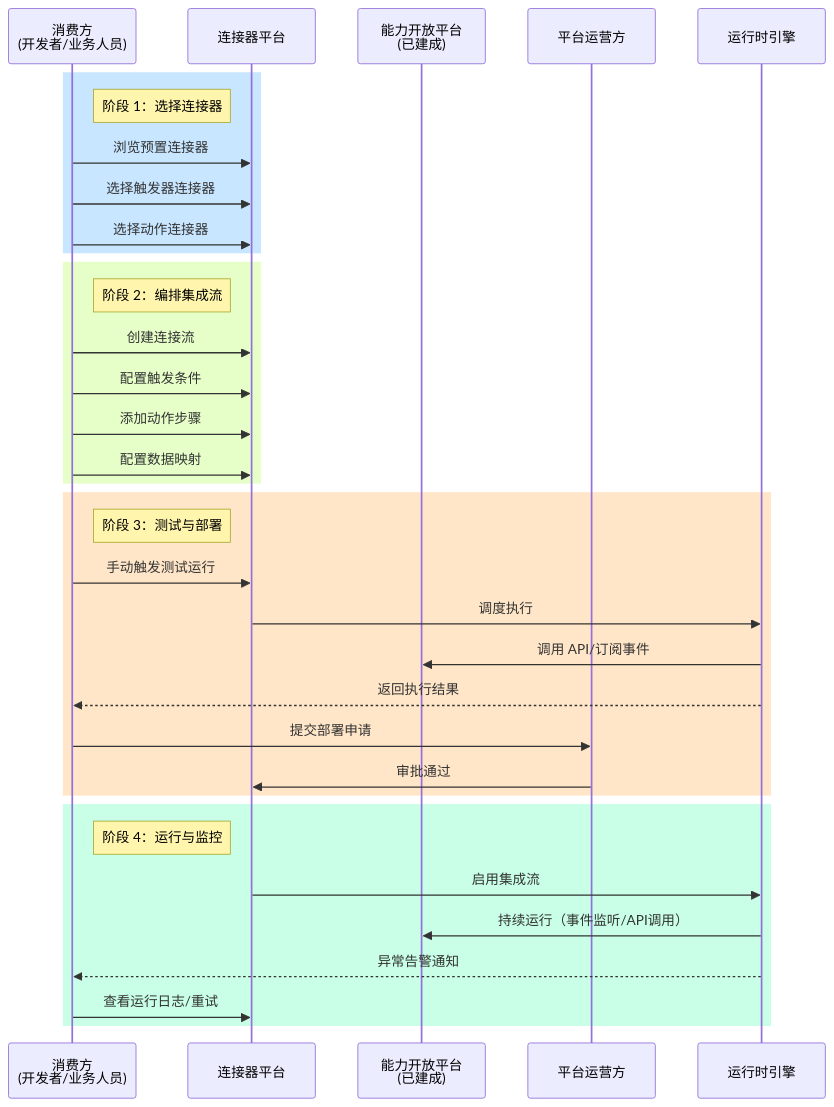
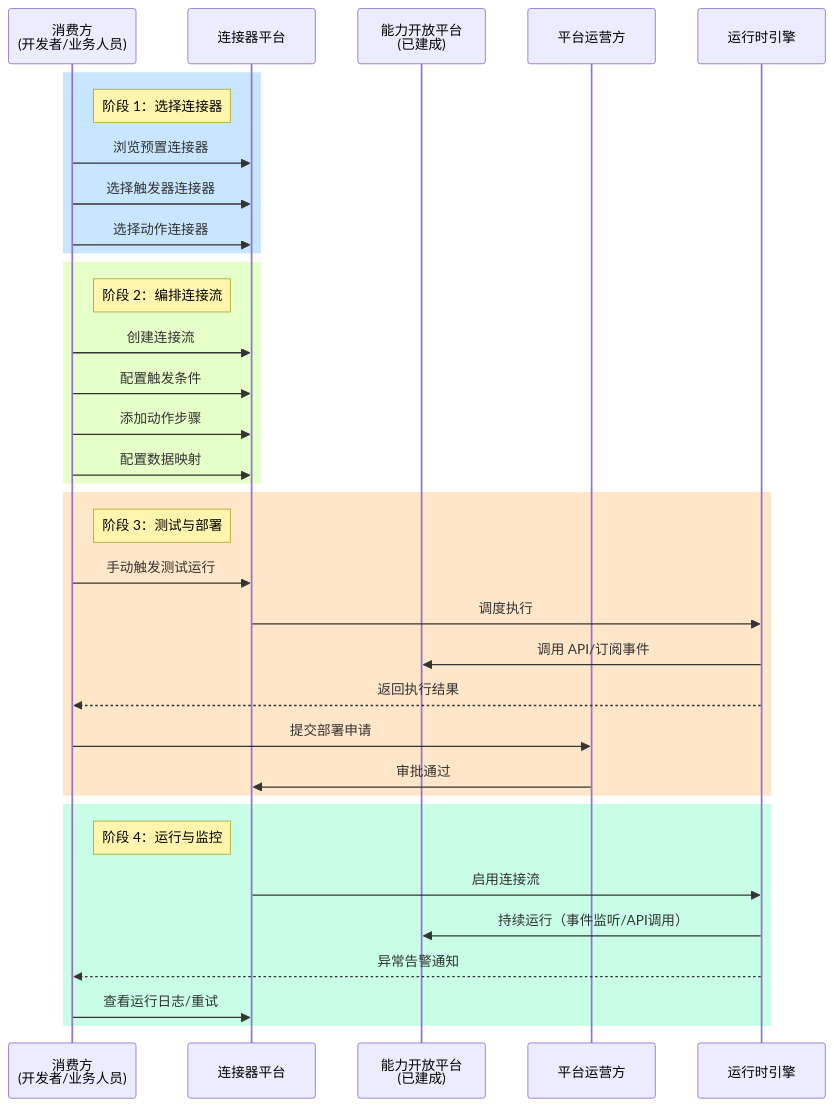
One commit to THZSummer/open-app changed the eighth of 10 diagrams in .sddu/specs-tree-root/specs-tree-connector-platform/discovery-report.md. Above: the diagram before and after it, drawn with Mermaid. The commit also changed other lines of this file, not shown here.

````diff
--- a/.sddu/specs-tree-root/specs-tree-connector-platform/discovery-report.md
+++ b/.sddu/specs-tree-root/specs-tree-connector-platform/discovery-report.md
@@ -382,41 +382,41 @@
 ```mermaid
 sequenceDiagram
     participant Consumer as 消费方<br/>(开发者/业务人员)
     participant ConnPlat as 连接器平台
     participant CapPlat as 能力开放平台<br/>(已建成)
     participant Operator as 平台运营方
     participant Runtime as 运行时引擎
     
     rect rgb(200, 230, 255)
         note right of Consumer: 阶段 1：选择连接器
         Consumer->>ConnPlat: 浏览预置连接器
         Consumer->>ConnPlat: 选择触发器连接器
         Consumer->>ConnPlat: 选择动作连接器
     end
     
     rect rgb(230, 255, 200)
-        note right of Consumer: 阶段 2：编排集成流
+        note right of Consumer: 阶段 2：编排连接流
         Consumer->>ConnPlat: 创建连接流
         Consumer->>ConnPlat: 配置触发条件
         Consumer->>ConnPlat: 添加动作步骤
         Consumer->>ConnPlat: 配置数据映射
     end
     
     rect rgb(255, 230, 200)
         note right of Consumer: 阶段 3：测试与部署
         Consumer->>ConnPlat: 手动触发测试运行
         ConnPlat->>Runtime: 调度执行
         Runtime->>CapPlat: 调用 API/订阅事件
         Runtime-->>Consumer: 返回执行结果
         Consumer->>Operator: 提交部署申请
         Operator->>ConnPlat: 审批通过
     end
     
     rect rgb(200, 255, 230)
         note right of Consumer: 阶段 4：运行与监控
-        ConnPlat->>Runtime: 启用集成流
+        ConnPlat->>Runtime: 启用连接流
         Runtime->>CapPlat: 持续运行（事件监听/API调用）
         Runtime-->>Consumer: 异常告警通知
         Consumer->>ConnPlat: 查看运行日志/重试
     end
 ```
````
